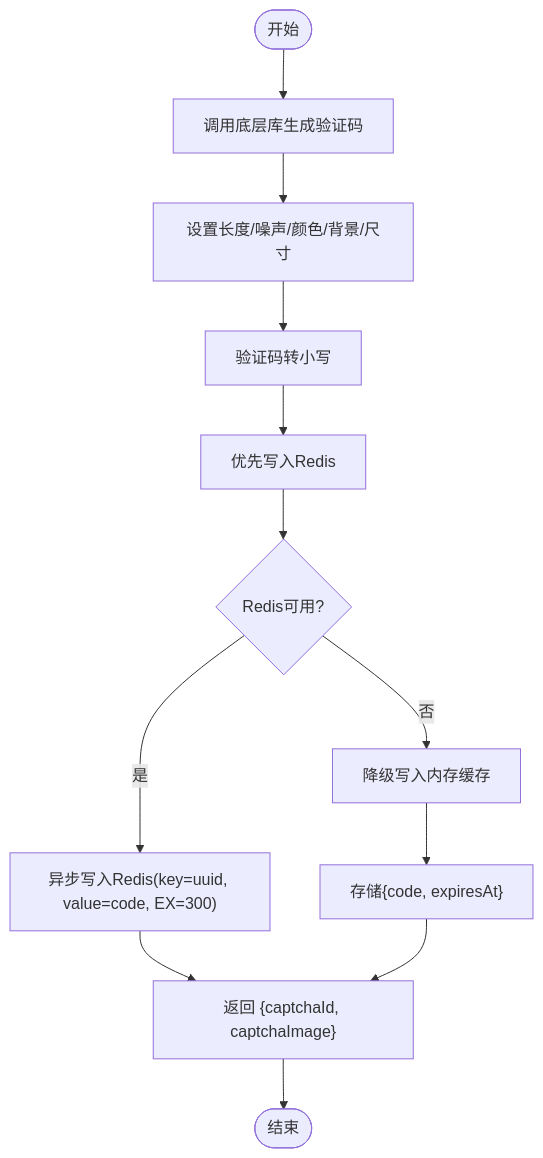
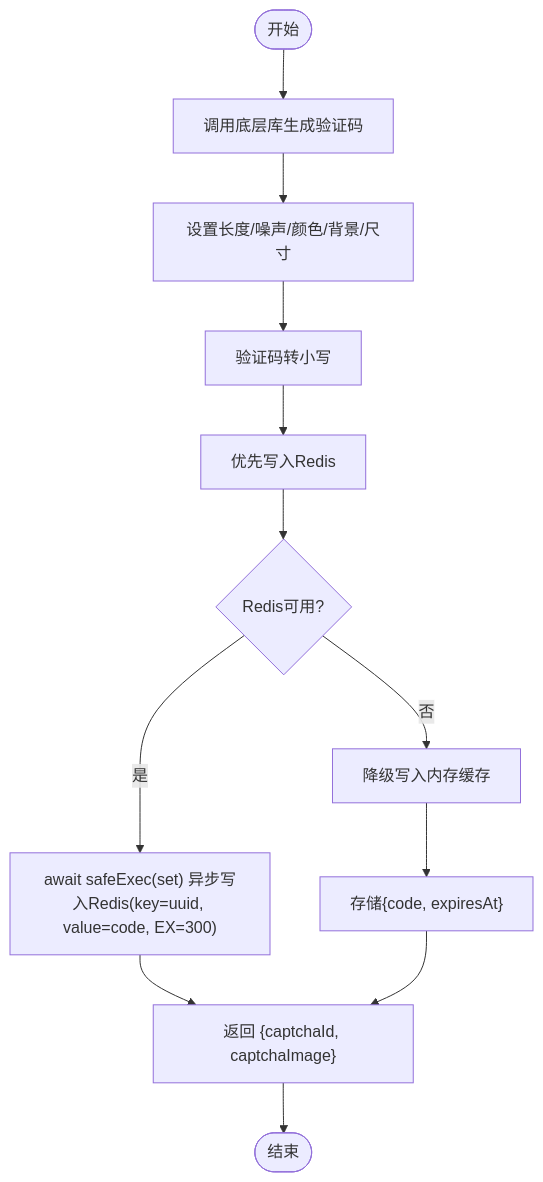
The third of 8 diagrams in .qoder/repowiki/zh/content/后端系统/认证授权系统/验证码系统.md (translateServers/nodes-stack), drawn with Mermaid before and after one commit. The commit also changed other lines of this file and 5 other files, not shown here.

````diff
--- a/.qoder/repowiki/zh/content/后端系统/认证授权系统/验证码系统.md
+++ b/.qoder/repowiki/zh/content/后端系统/认证授权系统/验证码系统.md
@@ -154,14 +157,14 @@
 ```mermaid
 flowchart TD
 Start(["开始"]) --> Gen["调用底层库生成验证码"]
 Gen --> SetSize["设置长度/噪声/颜色/背景/尺寸"]
 SetSize --> Lower["验证码转小写"]
 Lower --> Store["优先写入Redis"]
 Store --> RedisCheck{"Redis可用?"}
-RedisCheck -- 是 --> RedisWrite["异步写入Redis(key=uuid, value=code, EX=300)"]
+RedisCheck -- 是 --> RedisWrite["await safeExec(set) 异步写入Redis(key=uuid, value=code, EX=300)"]
 RedisCheck -- 否 --> MemoryWrite["降级写入内存缓存"]
 MemoryWrite --> MemStore["存储{code, expiresAt}"]
 RedisWrite --> Return["返回 {captchaId, captchaImage}"]
 MemStore --> Return
 Return --> End(["结束"])
 ```
````
